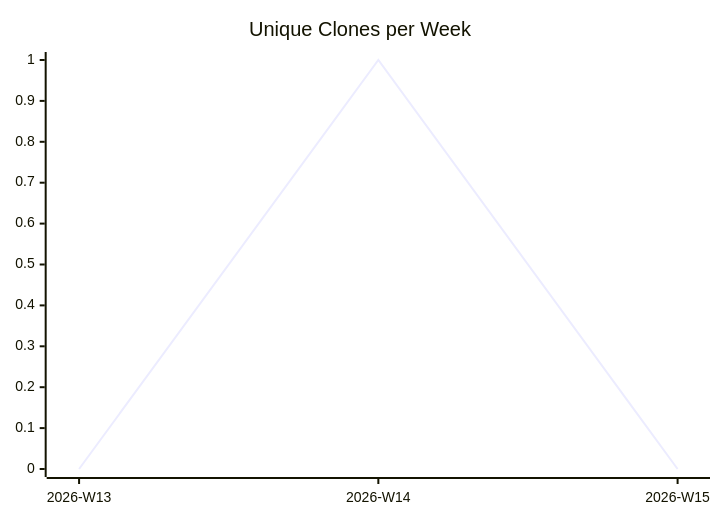
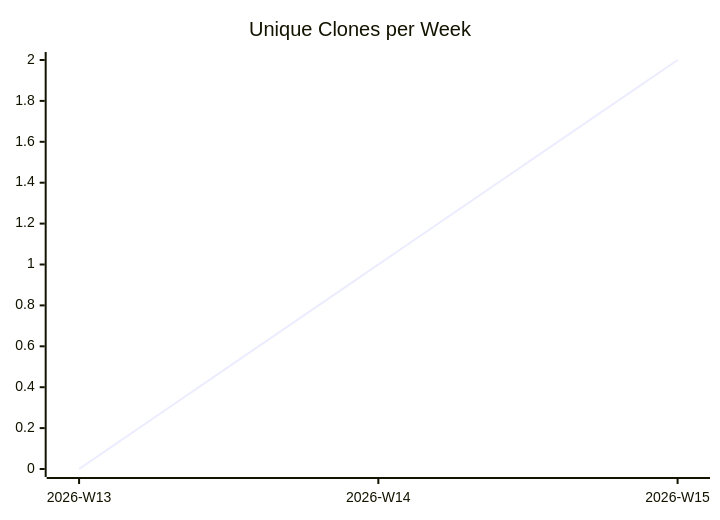
The third of 3 diagrams in karlmdavis/FHIR-Server/README.md (justdavis-family/github-analytics-data), drawn with Mermaid before and after one commit. The commit also changed other lines of this file and 183 other files, not shown here.

````diff
--- a/karlmdavis/FHIR-Server/README.md
+++ b/karlmdavis/FHIR-Server/README.md
@@ -19,6 +19,6 @@
 ```mermaid
 xychart-beta
   title "Unique Clones per Week"
   x-axis ["2026-W13", "2026-W14", "2026-W15"]
-  line [0, 1, 0]
+  line [0, 1, 2]
 ```
````
